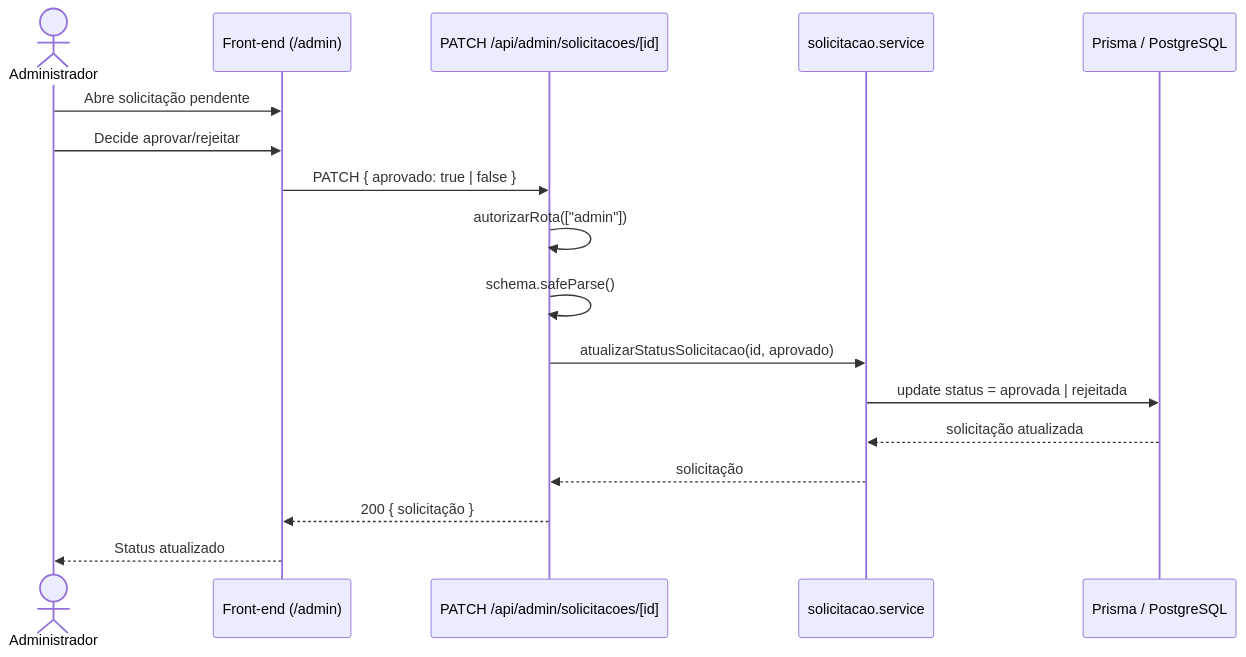
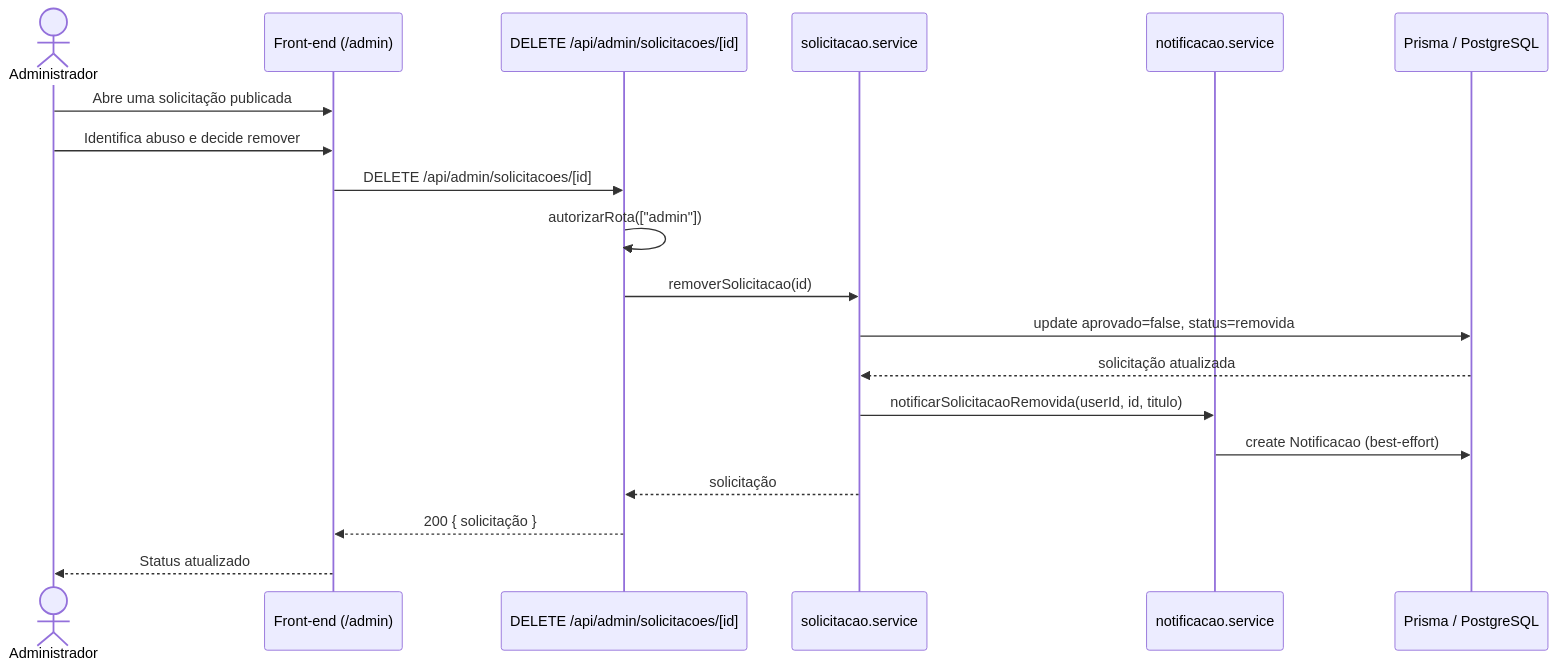
One commit to lononeiro/olx-ecologico changed the second of 5 diagrams in docs/APENDICE-E-sequencia.md. Above: the diagram before and after it, drawn with Mermaid. The commit also changed other lines of this file and 53 other files, not shown here.

First line of the commit message:
docs(uml): revisao dos diagramas e sincronizacao docs/ com uml/

````diff
--- a/docs/APENDICE-E-sequencia.md
+++ b/docs/APENDICE-E-sequencia.md
@@ -46,20 +49,22 @@
 ```mermaid
 sequenceDiagram
     actor Admin as Administrador
     participant UI as Front-end (/admin)
-    participant API as PATCH /api/admin/solicitacoes/[id]
+    participant API as DELETE /api/admin/solicitacoes/[id]
     participant Svc as solicitacao.service
+    participant Not as notificacao.service
     participant DB as Prisma / PostgreSQL
 
-    Admin->>UI: Abre solicitação pendente
-    Admin->>UI: Decide aprovar/rejeitar
-    UI->>API: PATCH { aprovado: true | false }
+    Admin->>UI: Abre uma solicitação publicada
+    Admin->>UI: Identifica abuso e decide remover
+    UI->>API: DELETE /api/admin/solicitacoes/[id]
     API->>API: autorizarRota(["admin"])
-    API->>API: schema.safeParse()
-    API->>Svc: atualizarStatusSolicitacao(id, aprovado)
-    Svc->>DB: update status = aprovada | rejeitada
+    API->>Svc: removerSolicitacao(id)
+    Svc->>DB: update aprovado=false, status=removida
     DB-->>Svc: solicitação atualizada
+    Svc->>Not: notificarSolicitacaoRemovida(userId, id, titulo)
+    Not->>DB: create Notificacao (best-effort)
     Svc-->>API: solicitação
     API-->>UI: 200 { solicitação }
     UI-->>Admin: Status atualizado
 ```
````
